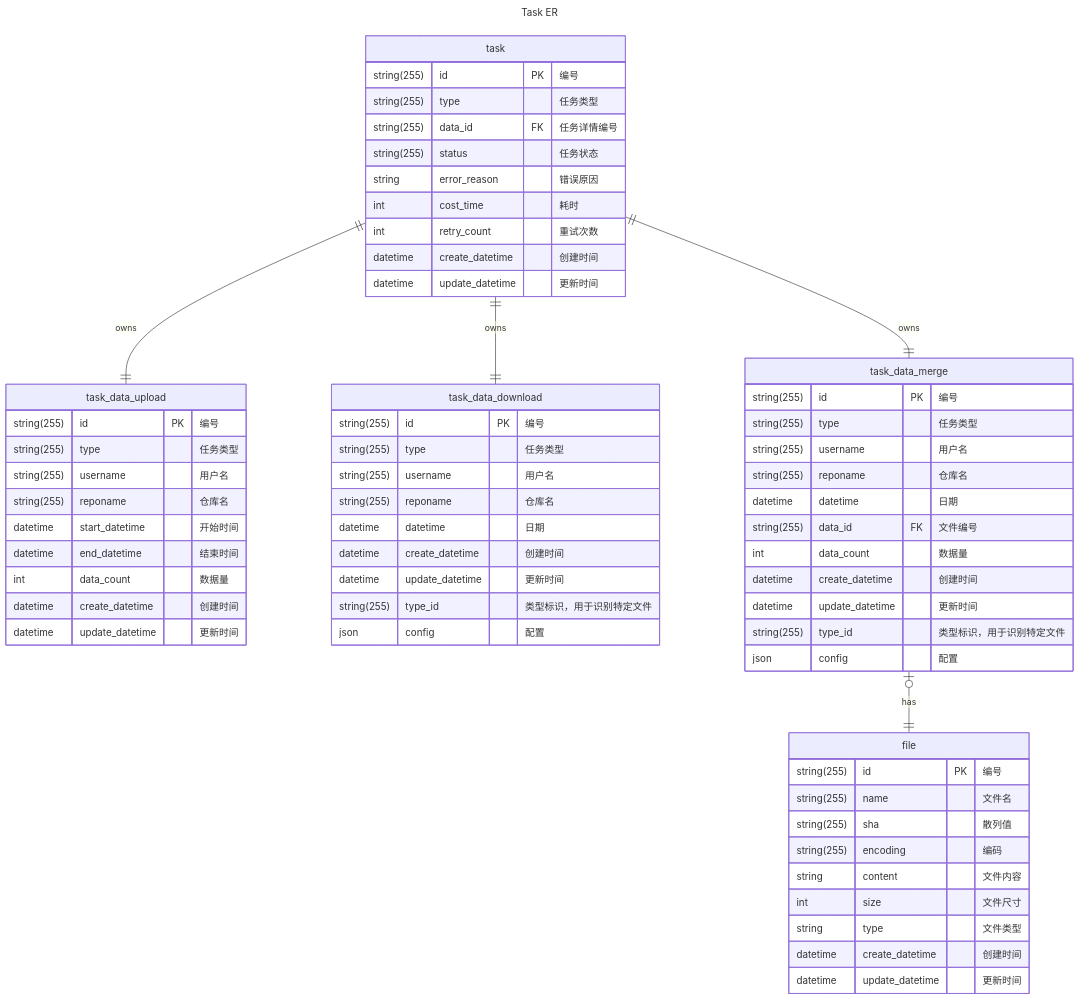
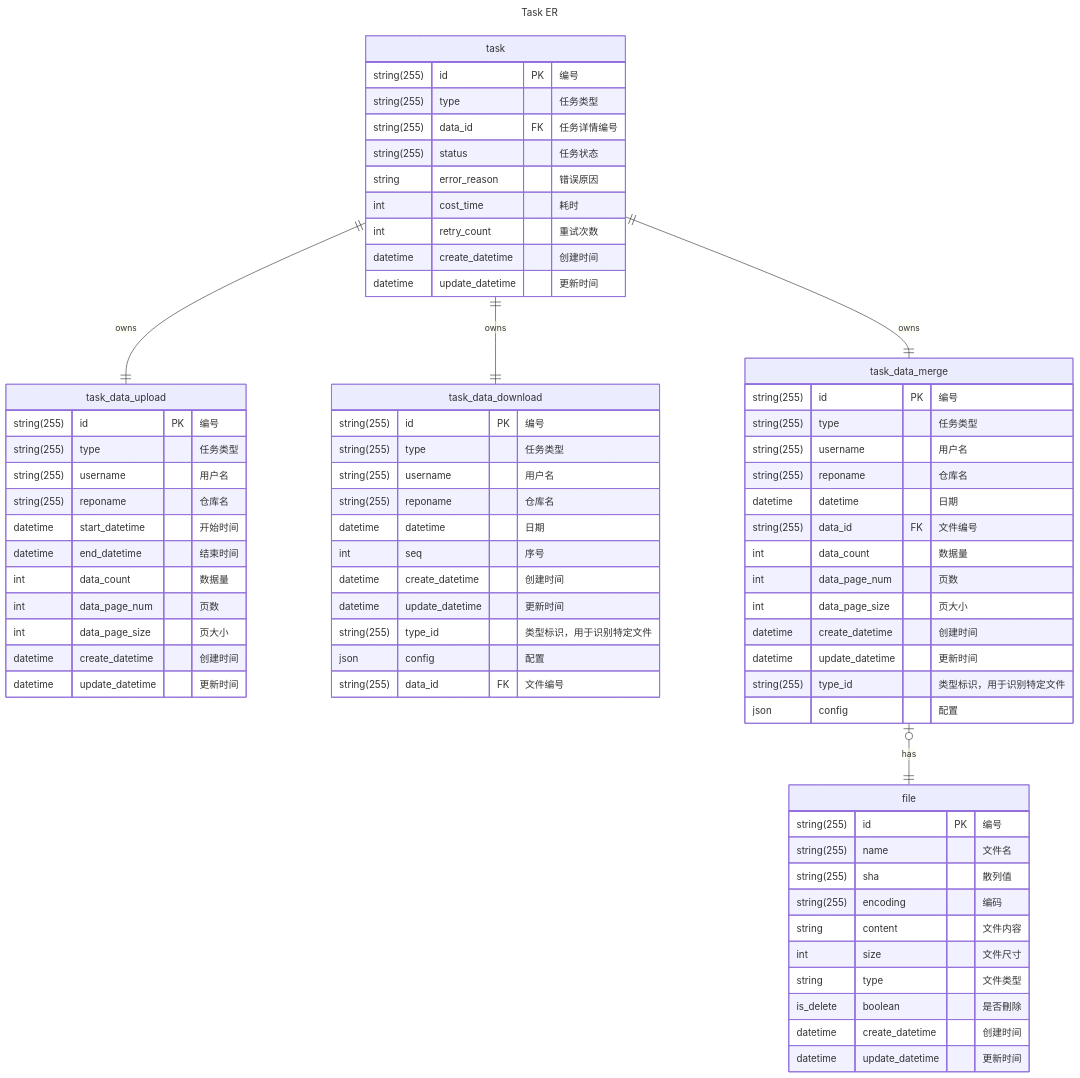
Before and after one commit to lastsunday/job-hunting: the eighth of 10 diagrams in docs/src/development/extension/core_logic_flow.md, drawn with Mermaid. The commit also changed 38 other files, not shown here.

````diff
--- a/docs/src/development/extension/core_logic_flow.md
+++ b/docs/src/development/extension/core_logic_flow.md
@@ -702,67 +702,74 @@
 ```mermaid
 ---
 title: Task ER
 ---
 erDiagram
     task ||--|| task_data_upload: owns
     task {
       string(255) id PK "编号"
       string(255) type "任务类型"
       string(255) data_id FK "任务详情编号"
       string(255) status "任务状态"
       string error_reason "错误原因"
       int cost_time "耗时"
       int retry_count "重试次数"
       datetime create_datetime "创建时间"
       datetime update_datetime "更新时间"
     }
     task_data_upload {
       string(255) id PK "编号"
       string(255) type "任务类型"
       string(255) username "用户名"
       string(255) reponame "仓库名"
       datetime start_datetime "开始时间"
       datetime end_datetime "结束时间"
       int data_count "数据量"
+      int data_page_num "页数"
+      int data_page_size "页大小"
       datetime create_datetime "创建时间"
       datetime update_datetime "更新时间"
     }
     task ||--|| task_data_download: owns
     task_data_download {
       string(255) id PK "编号"
       string(255) type "任务类型"
       string(255) username "用户名"
       string(255) reponame "仓库名"
       datetime datetime "日期"
+      int seq "序号"
       datetime create_datetime "创建时间"
       datetime update_datetime "更新时间"
       string(255) type_id "类型标识，用于识别特定文件"
       json config "配置"
+      string(255) data_id FK "文件编号"
     }
     task ||--|| task_data_merge: owns
     task_data_merge {
       string(255) id PK "编号"
       string(255) type "任务类型"
       string(255) username "用户名"
       string(255) reponame "仓库名"
       datetime datetime "日期"
       string(255) data_id FK "文件编号"
       int data_count "数据量"
+      int data_page_num "页数"
+      int data_page_size "页大小"
       datetime create_datetime "创建时间"
       datetime update_datetime "更新时间"
       string(255) type_id "类型标识，用于识别特定文件"
       json config "配置"
     }
     task_data_merge |o--|| file: has
     file {
       string(255) id PK "编号"
       string(255) name "文件名"
       string(255) sha "散列值"
       string(255) encoding "编码"
       string content "文件内容"
       int size "文件尺寸"
       string type "文件类型"
+      is_delete boolean "是否刪除"
       datetime create_datetime "创建时间"
       datetime update_datetime "更新时间"
     }
 ```
````
